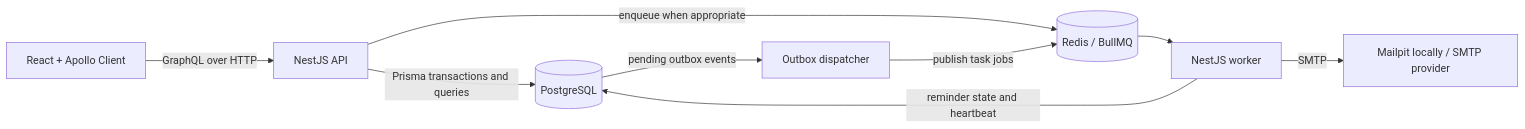
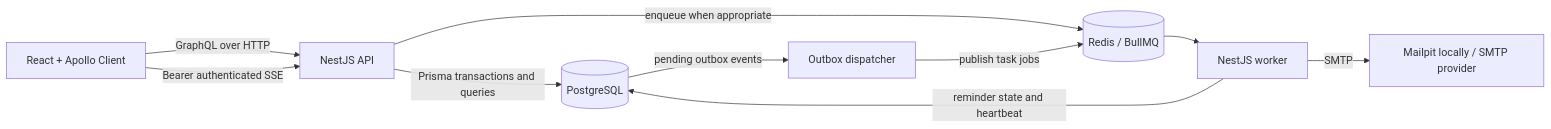
One commit to mahmadnsr/taskforge changed the diagram in docs/architecture.md. Above: the diagram before and after it, drawn with Mermaid. The commit also changed other lines of this file and 43 other files, not shown here.

````diff
--- a/docs/architecture.md
+++ b/docs/architecture.md
@@ -5,11 +5,12 @@
 ```mermaid
 flowchart LR
   Browser[React + Apollo Client] -->|GraphQL over HTTP| API[NestJS API]
+  Browser -->|Bearer authenticated SSE| API
   API -->|Prisma transactions and queries| DB[(PostgreSQL)]
   API -->|enqueue when appropriate| Queue[(Redis / BullMQ)]
   DB -->|pending outbox events| Dispatcher[Outbox dispatcher]
   Dispatcher -->|publish task jobs| Queue
   Queue --> Worker[NestJS worker]
   Worker -->|reminder state and heartbeat| DB
   Worker -->|SMTP| Email[Mailpit locally / SMTP provider]
 ```
````
